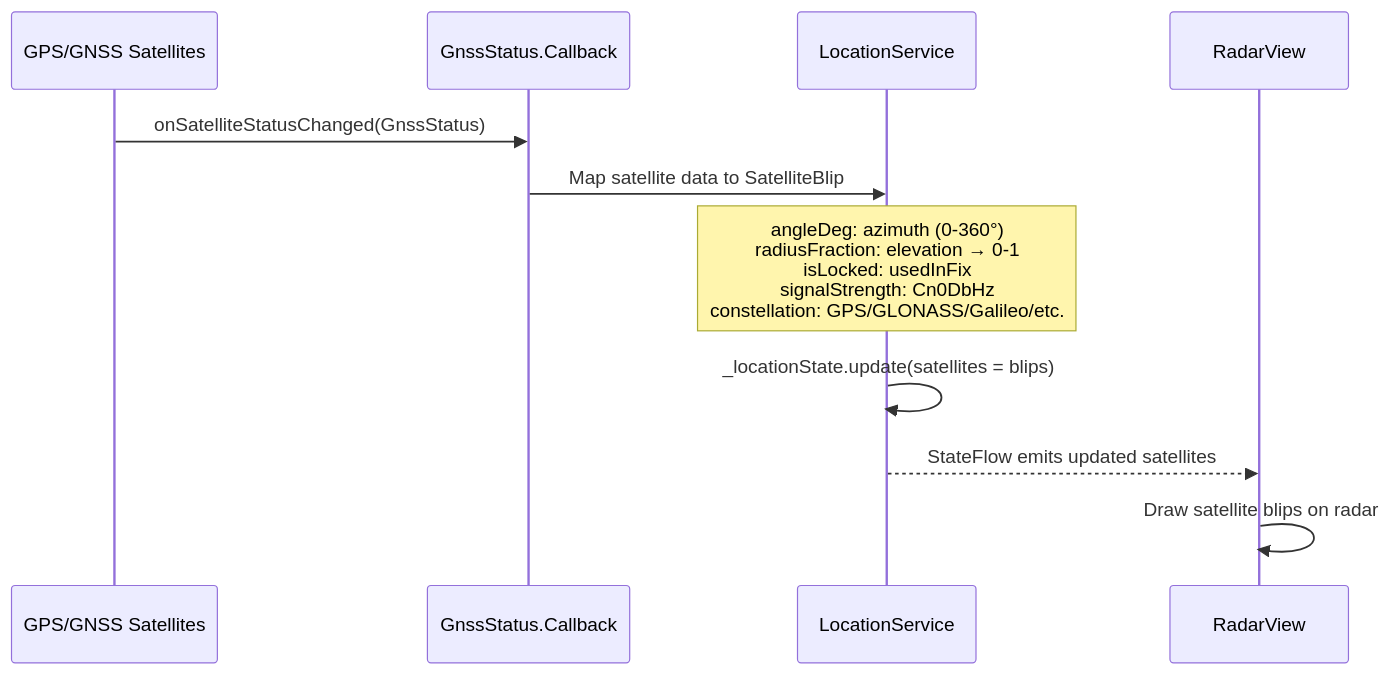
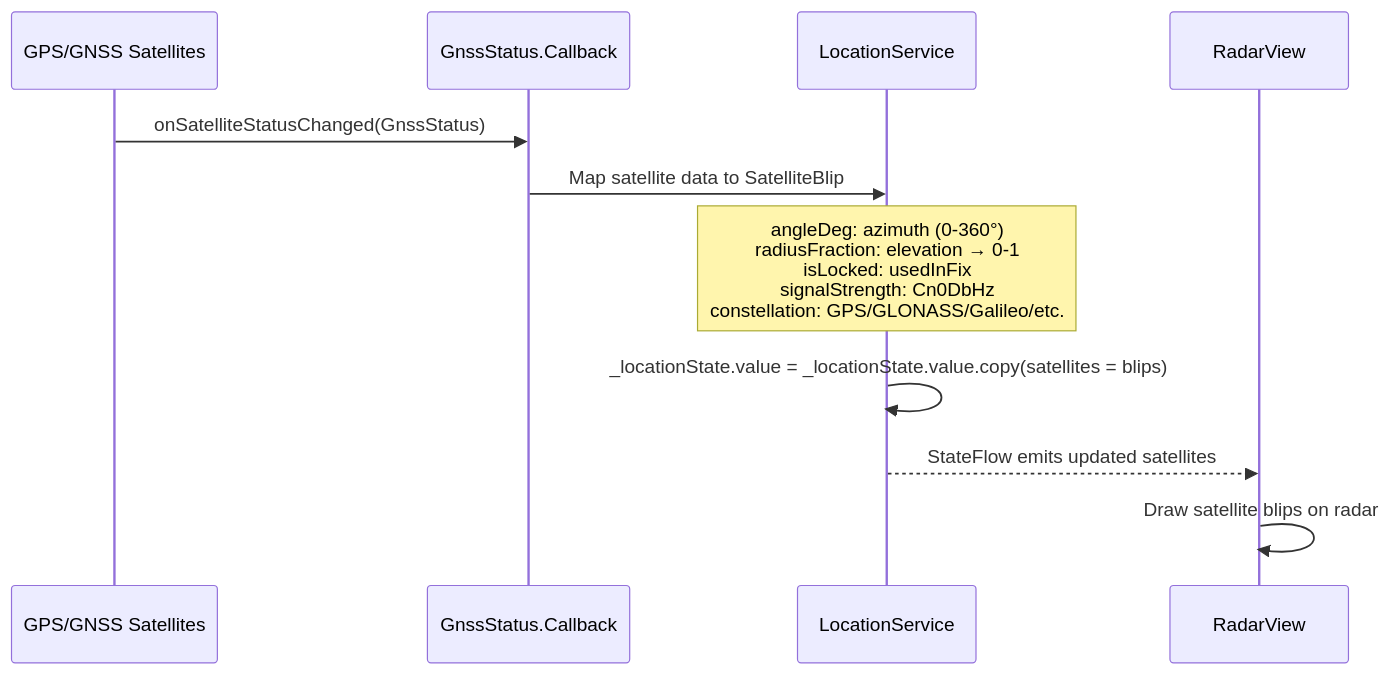
Before and after one commit to ameraldo/Radar: the sixth of 7 diagrams in docs/architecture/data-flow.md, drawn with Mermaid. The commit also changed other lines of this file and 30 other files, not shown here.

````diff
--- a/docs/architecture/data-flow.md
+++ b/docs/architecture/data-flow.md
@@ -207,14 +219,14 @@
 ```mermaid
 sequenceDiagram
     participant GPS as GPS/GNSS Satellites
     participant Callback as GnssStatus.Callback
     participant Service as LocationService
     participant UI as RadarView
 
     GPS->>Callback: onSatelliteStatusChanged(GnssStatus)
     Callback->>Service: Map satellite data to SatelliteBlip
     Note over Service: angleDeg: azimuth (0-360°)<br/>radiusFraction: elevation → 0-1<br/>isLocked: usedInFix<br/>signalStrength: Cn0DbHz<br/>constellation: GPS/GLONASS/Galileo/etc.
-    Service->>Service: _locationState.update(satellites = blips)
+    Service->>Service: _locationState.value = _locationState.value.copy(satellites = blips)
     Service-->>UI: StateFlow emits updated satellites
     UI->>UI: Draw satellite blips on radar
 ```
````
